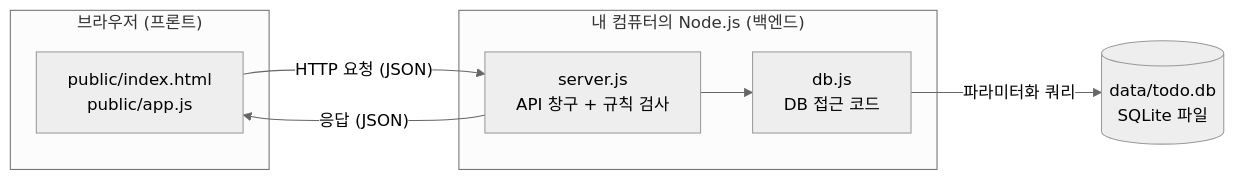
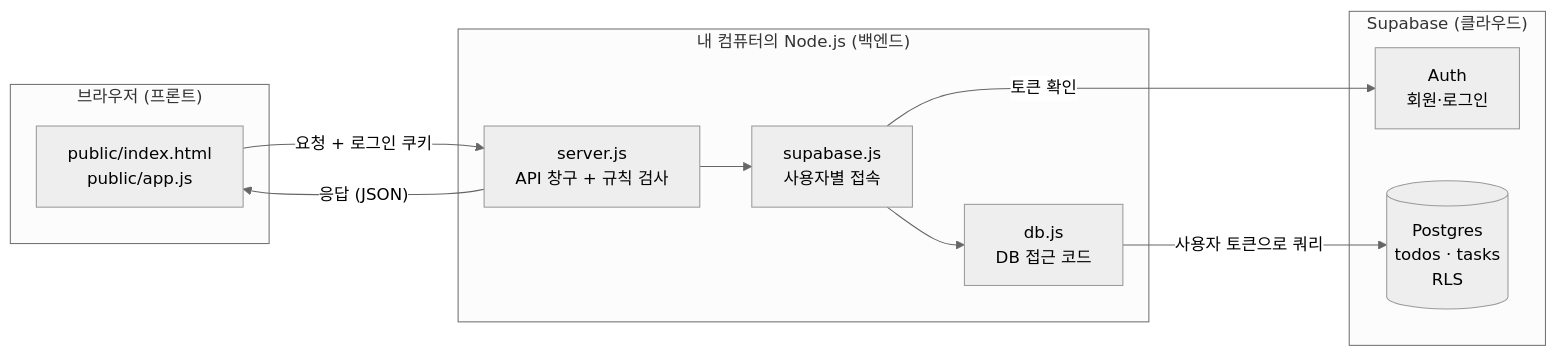
One commit to eple-lab/task-hive changed the first of 2 diagrams in docs/architecture.md. Above: the diagram before and after it, drawn with Mermaid (neutral theme). The commit also changed other lines of this file and 15 other files, not shown here.

````diff
--- a/docs/architecture.md
+++ b/docs/architecture.md
@@ -7,16 +8,21 @@
 ```mermaid
 flowchart LR
     subgraph Browser["브라우저 (프론트)"]
         UI["public/index.html<br/>public/app.js"]
     end
     subgraph Server["내 컴퓨터의 Node.js (백엔드)"]
         API["server.js<br/>API 창구 + 규칙 검사"]
+        SB["supabase.js<br/>사용자별 접속"]
         DBJS["db.js<br/>DB 접근 코드"]
     end
-    FILE[("data/todo.db<br/>SQLite 파일")]
+    subgraph Cloud["Supabase (클라우드)"]
+        AUTH["Auth<br/>회원·로그인"]
+        PG[("Postgres<br/>todos · tasks<br/>RLS")]
+    end
 
-    UI -- "HTTP 요청 (JSON)" --> API
+    UI -- "요청 + 로그인 쿠키" --> API
     API -- "응답 (JSON)" --> UI
-    API --> DBJS
-    DBJS -- "파라미터화 쿼리" --> FILE
+    API --> SB --> DBJS
+    SB -- "토큰 확인" --> AUTH
+    DBJS -- "사용자 토큰으로 쿼리" --> PG
 ```
````
